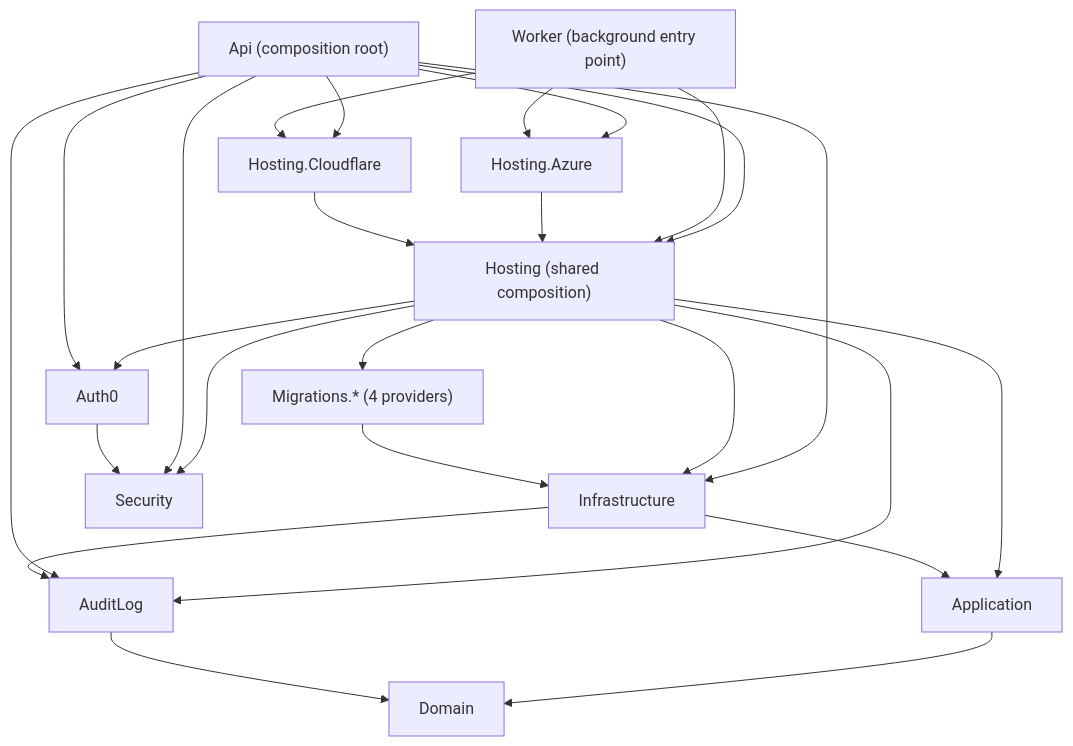
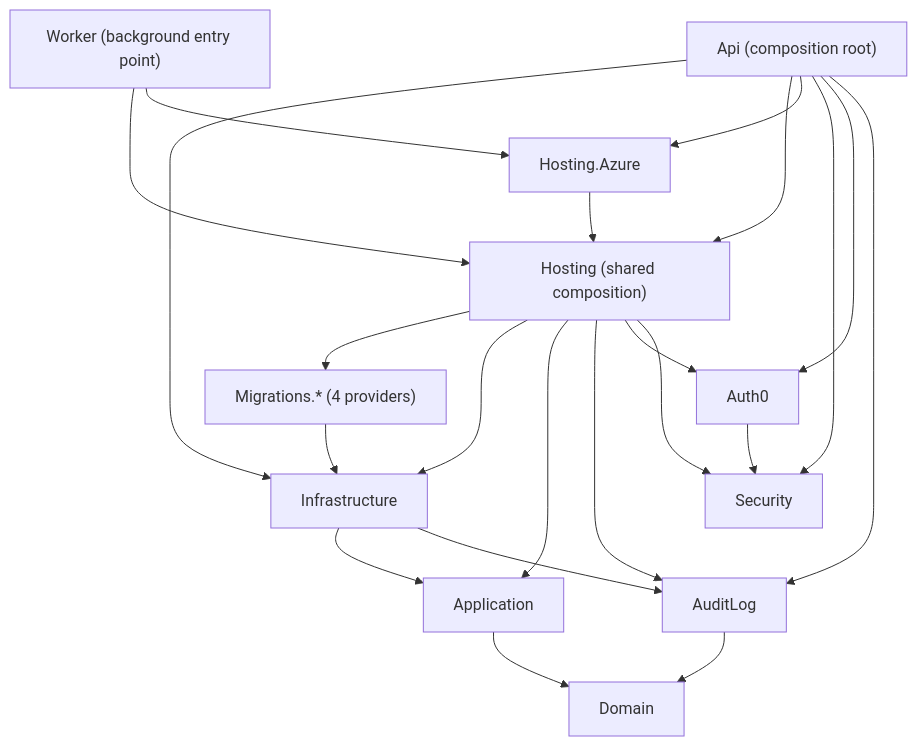
The diagram in docs/PROJECT-STRUCTURE.md (handballbelgium-referees/ref-test-management), drawn with Mermaid before and after one commit. The commit also changed other lines of this file and 92 other files, not shown here.

Commit message:
chore(release): remove cloudflare and aca hosting

````diff
--- a/docs/PROJECT-STRUCTURE.md
+++ b/docs/PROJECT-STRUCTURE.md
@@ -58,27 +57,24 @@
 ```mermaid
 flowchart TB
     Api["Api (composition root)"] --> Infrastructure
     Api --> Hosting["Hosting (shared composition)"]
     Worker["Worker (background entry point)"] --> Hosting
     Api --> AzureHosting["Hosting.Azure"]
     Worker --> AzureHosting
-    Api --> CloudflareHosting["Hosting.Cloudflare"]
-    Worker --> CloudflareHosting
     AzureHosting --> Hosting
-    CloudflareHosting --> Hosting
     Hosting --> Migrations["Migrations.* (4 providers)"]
     Hosting --> Infrastructure
     Hosting --> Application
     Hosting --> AuditLog
     Hosting --> Auth0
     Hosting --> Security
     Api --> Security
     Api --> Auth0
     Api --> AuditLog
     Migrations --> Infrastructure
     Infrastructure --> Application
     Infrastructure --> AuditLog
     Application --> Domain
     AuditLog --> Domain
     Auth0 --> Security
 ```
````
